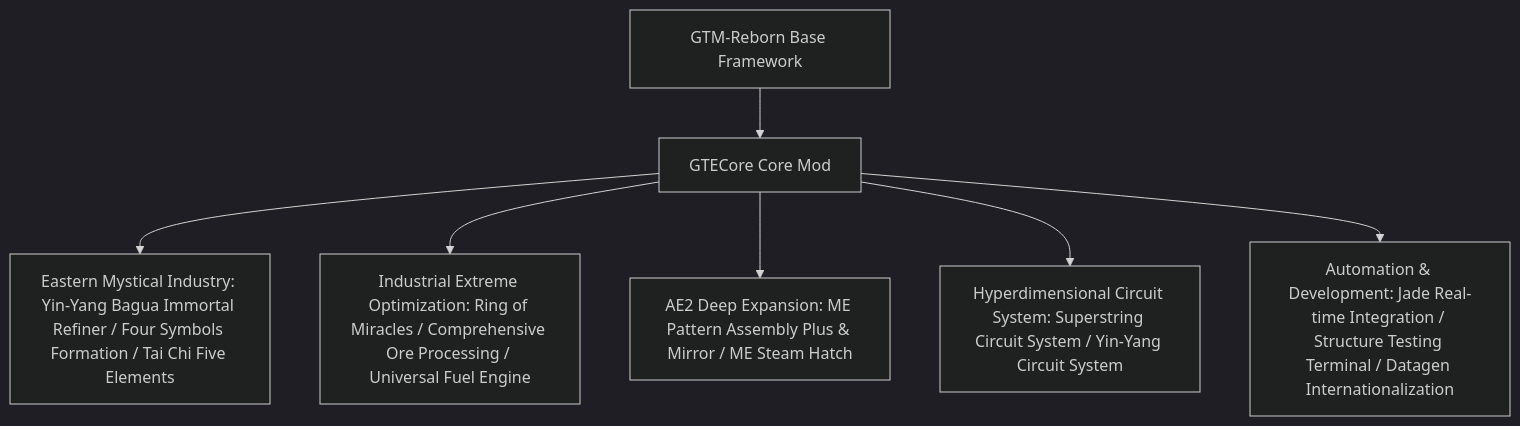
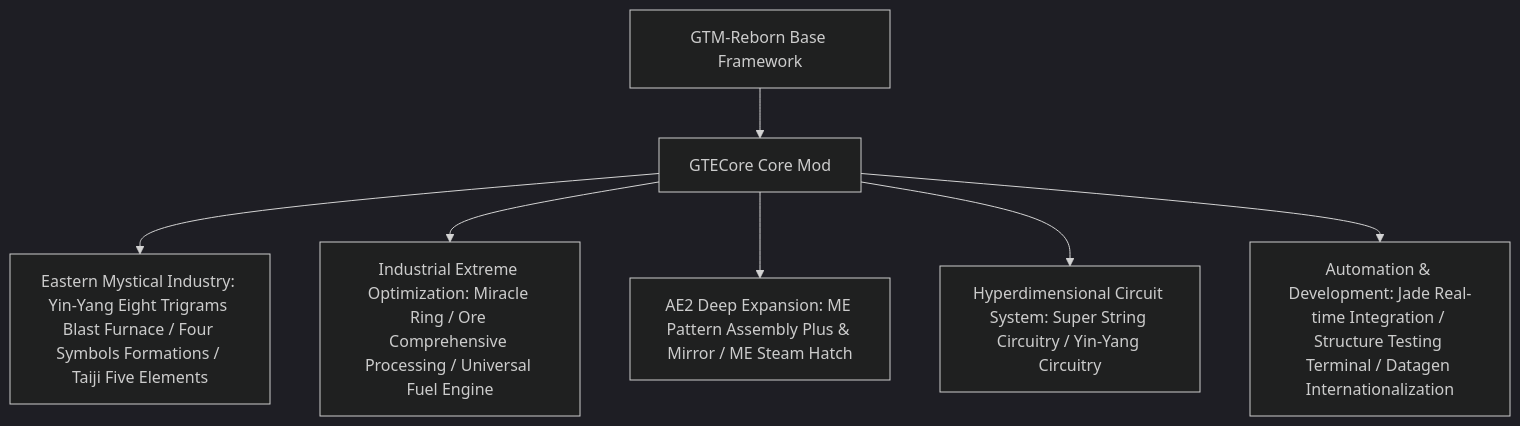
One commit to takanashisatou/GregtechEasy changed the diagram in docs/en/gtecore/overview.md. Above: the diagram before and after it, drawn with Mermaid (dark theme). The commit also changed other lines of this file and 144 other files, not shown here.

````diff
--- a/docs/en/gtecore/overview.md
+++ b/docs/en/gtecore/overview.md
@@ -9,9 +9,9 @@
 ```mermaid
 graph TD
     A[GTM-Reborn Base Framework] --> B[GTECore Core Mod]
-    B --> C[Eastern Mystical Industry: Yin-Yang Bagua Immortal Refiner / Four Symbols Formation / Tai Chi Five Elements]
-    B --> D[Industrial Extreme Optimization: Ring of Miracles / Comprehensive Ore Processing / Universal Fuel Engine]
+    B --> C[Eastern Mystical Industry: Yin-Yang Eight Trigrams Blast Furnace / Four Symbols Formations / Taiji Five Elements]
+    B --> D[Industrial Extreme Optimization: Miracle Ring / Ore Comprehensive Processing / Universal Fuel Engine]
     B --> E[AE2 Deep Expansion: ME Pattern Assembly Plus & Mirror / ME Steam Hatch]
-    B --> F[Hyperdimensional Circuit System: Superstring Circuit System / Yin-Yang Circuit System]
+    B --> F[Hyperdimensional Circuit System: Super String Circuitry / Yin-Yang Circuitry]
     B --> G[Automation & Development: Jade Real-time Integration / Structure Testing Terminal / Datagen Internationalization]
 ```
````
